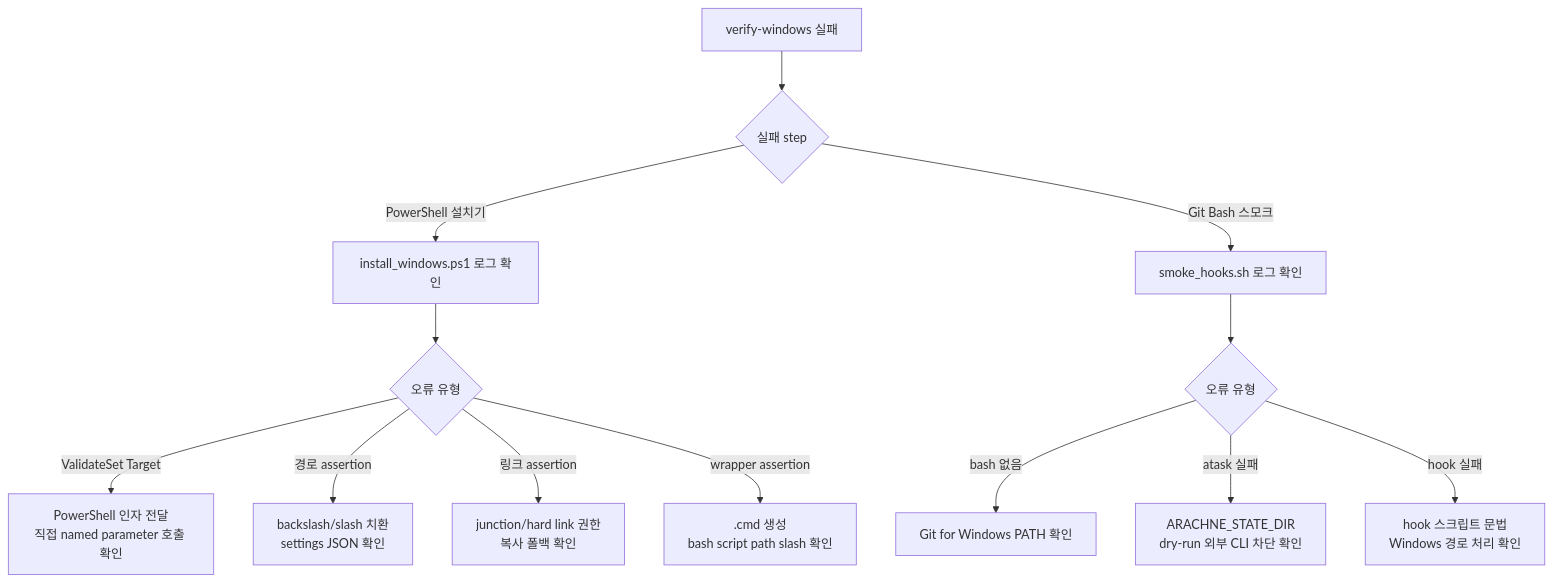
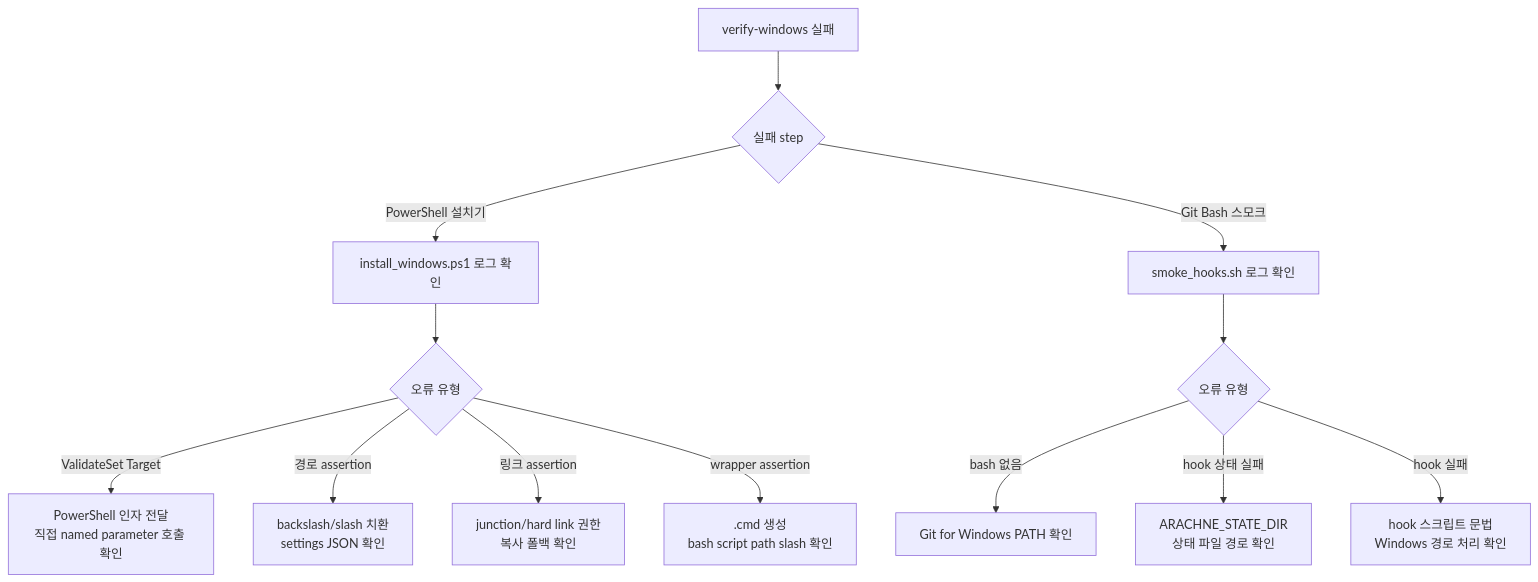
The seventh of 10 diagrams in docs/CI.md (jomarusoup/Arachne), drawn with Mermaid before and after one commit. The commit also changed other lines of this file and 13 other files, not shown here.

````diff
--- a/docs/CI.md
+++ b/docs/CI.md
@@ -227,17 +227,17 @@
 ```mermaid
 flowchart TB
     F["verify-windows 실패"] --> A{"실패 step"}
     A -->|PowerShell 설치기| P["install_windows.ps1 로그 확인"]
     A -->|Git Bash 스모크| B["smoke_hooks.sh 로그 확인"]
 
     P --> P1{"오류 유형"}
     P1 -->|ValidateSet Target| P2["PowerShell 인자 전달<br/>직접 named parameter 호출 확인"]
     P1 -->|경로 assertion| P3["backslash/slash 치환<br/>settings JSON 확인"]
     P1 -->|링크 assertion| P4["junction/hard link 권한<br/>복사 폴백 확인"]
     P1 -->|wrapper assertion| P5[".cmd 생성<br/>bash script path slash 확인"]
 
     B --> B1{"오류 유형"}
     B1 -->|bash 없음| B2["Git for Windows PATH 확인"]
-    B1 -->|atask 실패| B3["ARACHNE_STATE_DIR<br/>dry-run 외부 CLI 차단 확인"]
+    B1 -->|hook 상태 실패| B3["ARACHNE_STATE_DIR<br/>상태 파일 경로 확인"]
     B1 -->|hook 실패| B4["hook 스크립트 문법<br/>Windows 경로 처리 확인"]
 ```
````
